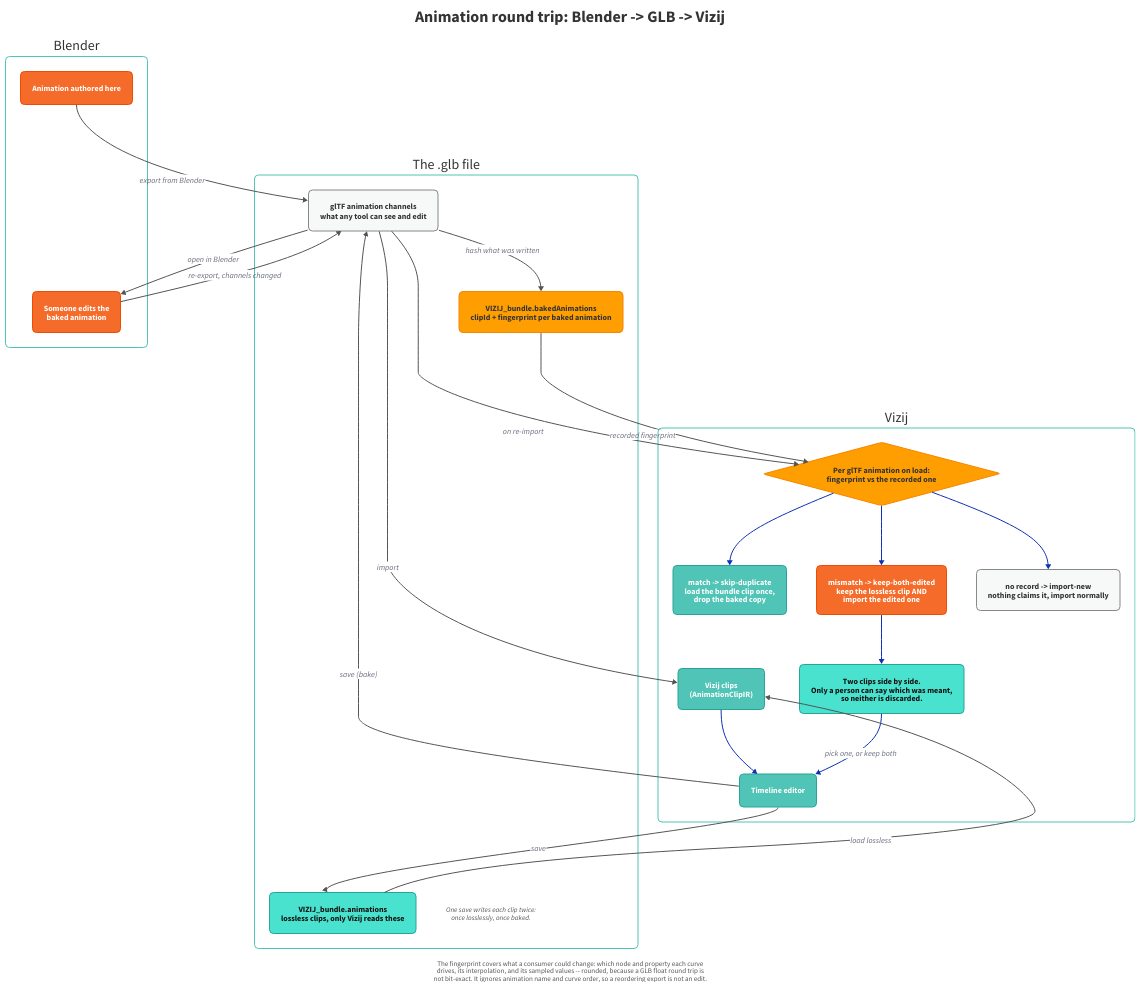
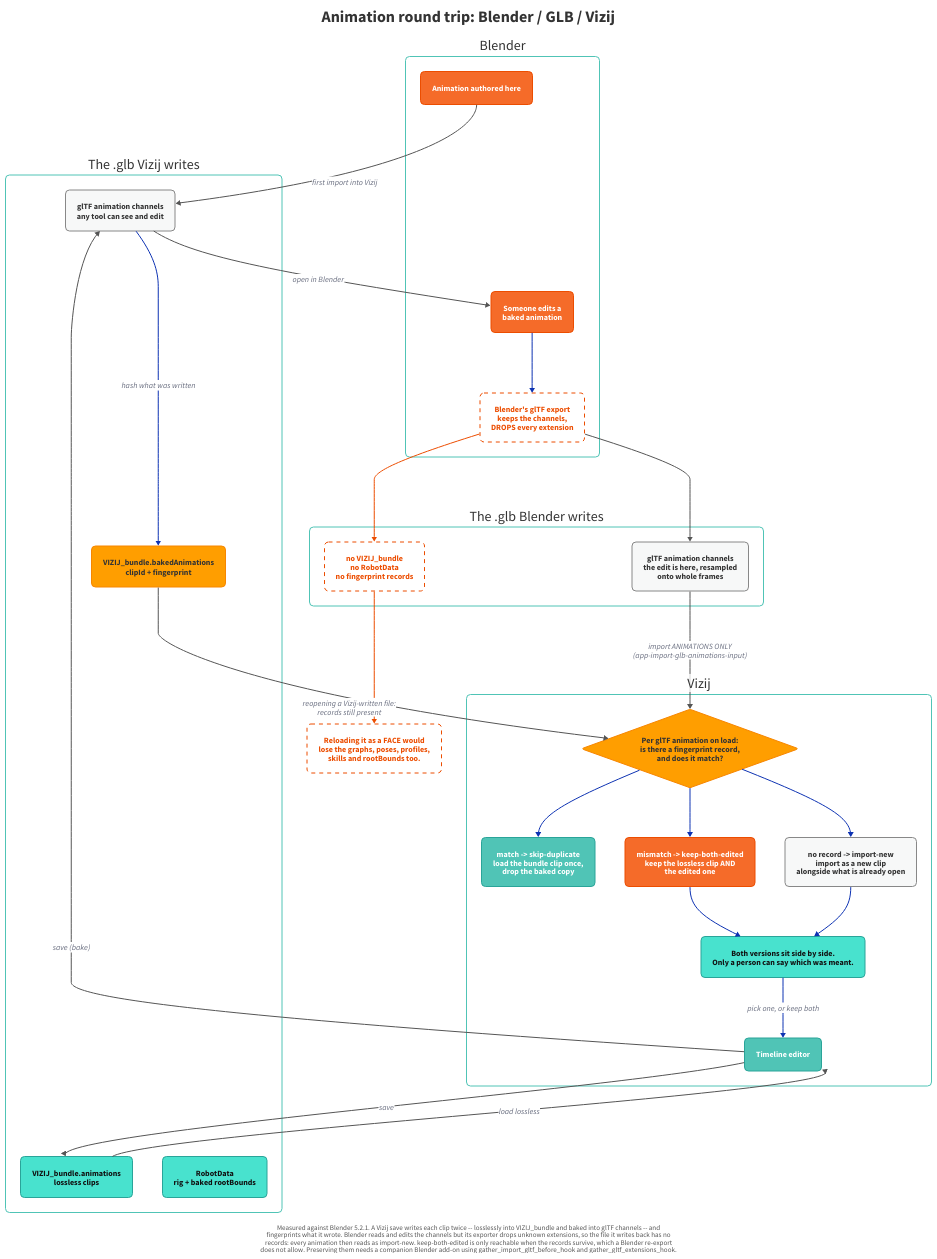
Before and after one commit to vizij-ai/vizij-web: the diagram in apps/vizij-authoring/docs/references/animation-blender-round-trip.d2, drawn with D2. The commit also changed 3 other files, not shown here.

```diff
--- a/apps/vizij-authoring/docs/references/animation-blender-round-trip.d2
+++ b/apps/vizij-authoring/docs/references/animation-blender-round-trip.d2
@@ -1,89 +1,104 @@
 # Render: d2 --font-regular <Questrial-Regular.ttf> \
 #           docs/references/animation-blender-round-trip.d2 \
 #           docs/references/animation-blender-round-trip.svg
+#
+# Verified against Blender 5.2.1 on 2026-09-08. See the .md alongside.
 
 vars: { d2-config: { theme-id: 0; pad: 24; sketch: false; layout-engine: dagre } }
 
 classes: {
   primary:   { style: { fill: "#50C4B6"; stroke: "#2AA499"; font-color: "#FFFFFF"; border-radius: 8; stroke-width: 2 } }
   secondary: { style: { fill: "#F56B29"; stroke: "#EC4D00"; font-color: "#FFFFFF"; border-radius: 8; stroke-width: 2 } }
   highlight: { style: { fill: "#FF9E00"; stroke: "#F78600"; font-color: "#333333"; border-radius: 8; stroke-width: 2 } }
   neutral:   { style: { fill: "#F7F8F8"; stroke: "#888888"; font-color: "#333333"; border-radius: 8; stroke-width: 2 } }
   emphasis:  { style: { fill: "#48E2CE"; stroke: "#2AA499"; font-color: "#111111"; border-radius: 8; stroke-width: 2 } }
   group:     { style: { fill: "#FFFFFF"; stroke: "#50C4B6"; font-color: "#333333"; border-radius: 8; stroke-width: 2 } }
+  lost:      { style: { fill: "#FFFFFF"; stroke: "#EC4D00"; font-color: "#EC4D00"; border-radius: 8; stroke-width: 2; stroke-dash: 4 } }
 }
 
-title: "Animation round trip: Blender -> GLB -> Vizij" {
+title: "Animation round trip: Blender / GLB / Vizij" {
   near: top-center
   shape: text
   style: { font-size: 32; bold: true; font-color: "#333333" }
 }
 
 blender: "Blender" {
   class: group
   direction: down
+
   authored: "Animation authored here" { class: secondary }
-  edited: "Someone edits the\nbaked animation" { class: secondary }
+  edited: "Someone edits a\nbaked animation" { class: secondary }
+  reexport: "Blender's glTF export\nkeeps the channels,\nDROPS every extension" { class: lost }
+
+  edited -> reexport
 }
 
-glb: "The .glb file" {
+vizij_out: "The .glb Vizij writes" {
   class: group
   direction: down
 
-  channels: "glTF animation channels\nwhat any tool can see and edit" { class: neutral }
-  bundle: "VIZIJ_bundle.animations\nlossless clips, only Vizij reads these" { class: emphasis }
-  records: "VIZIJ_bundle.bakedAnimations\nclipId + fingerprint per baked animation" { class: highlight }
+  channels: "glTF animation channels\nany tool can see and edit" { class: neutral }
+  bundle: "VIZIJ_bundle.animations\nlossless clips" { class: emphasis }
+  records: "VIZIJ_bundle.bakedAnimations\nclipId + fingerprint" { class: highlight }
+  robot: "RobotData\nrig + baked rootBounds" { class: emphasis }
 
-  note: "One save writes each clip twice:\nonce losslessly, once baked." {
-    shape: text
-    style: { font-size: 14; font-color: "#555555"; italic: true }
-  }
+  channels -> records: "hash what was written"
+}
+
+blender_out: "The .glb Blender writes" {
+  class: group
+  direction: down
+
+  bchannels: "glTF animation channels\nthe edit is here, resampled\nonto whole frames" { class: neutral }
+  gone: "no VIZIJ_bundle\nno RobotData\nno fingerprint records" { class: lost }
 }
 
 vizij: "Vizij" {
   class: group
   direction: down
 
-  clips: "Vizij clips\n(AnimationClipIR)" { class: primary }
   timeline: "Timeline editor" { class: primary }
 
-  compare: "Per glTF animation on load:\nfingerprint vs the recorded one" {
+  compare: "Per glTF animation on load:\nis there a fingerprint record,\nand does it match?" {
     class: highlight
     shape: diamond
   }
 
   skip: "match -> skip-duplicate\nload the bundle clip once,\ndrop the baked copy" { class: primary }
-  both: "mismatch -> keep-both-edited\nkeep the lossless clip AND\nimport the edited one" { class: secondary }
-  fresh: "no record -> import-new\nnothing claims it, import normally" { class: neutral }
+  both: "mismatch -> keep-both-edited\nkeep the lossless clip AND\nthe edited one" { class: secondary }
+  fresh: "no record -> import-new\nimport as a new clip\nalongside what is already open" { class: neutral }
 
-  resolve: "Two clips side by side.\nOnly a person can say which was meant,\nso neither is discarded." { class: emphasis }
+  resolve: "Both versions sit side by side.\nOnly a person can say which was meant." { class: emphasis }
 
-  clips -> timeline
   compare -> skip
   compare -> both
   compare -> fresh
   both -> resolve
+  fresh -> resolve
   resolve -> timeline: "pick one, or keep both"
 }
 
-# Blender -> GLB
-blender.authored -> glb.channels: "export from Blender" { style.stroke: "#555555" }
-glb.channels -> blender.edited: "open in Blender" { style.stroke: "#555555" }
-blender.edited -> glb.channels: "re-export, channels changed" { style.stroke: "#555555" }
+# --- outbound ----------------------------------------------------------------
+blender.authored -> vizij_out.channels: "first import into Vizij" { style.stroke: "#555555" }
+vizij.timeline -> vizij_out.bundle: "save" { style.stroke: "#555555" }
+vizij.timeline -> vizij_out.channels: "save (bake)" { style.stroke: "#555555" }
+vizij_out.channels -> blender.edited: "open in Blender" { style.stroke: "#555555" }
 
-# GLB -> Vizij
-glb.channels -> vizij.clips: "import" { style.stroke: "#555555" }
-glb.channels -> vizij.compare: "on re-import" { style.stroke: "#555555" }
-glb.records -> vizij.compare: "recorded fingerprint" { style.stroke: "#555555" }
-glb.bundle -> vizij.clips: "load lossless" { style.stroke: "#555555" }
+# --- the return trip ---------------------------------------------------------
+blender.reexport -> blender_out.bchannels { style.stroke: "#555555" }
+blender.reexport -> blender_out.gone { style.stroke: "#EC4D00" }
 
-# Vizij -> GLB
-vizij.timeline -> glb.bundle: "save" { style.stroke: "#555555" }
-vizij.timeline -> glb.channels: "save (bake)" { style.stroke: "#555555" }
-glb.channels -> glb.records: "hash what was written" { style.stroke: "#555555" }
+blender_out.bchannels -> vizij.compare: "import ANIMATIONS ONLY\n(app-import-glb-animations-input)" { style.stroke: "#555555" }
 
-note: "The fingerprint covers what a consumer could change: which node and property each curve\ndrives, its interpolation, and its sampled values -- rounded, because a GLB float round trip is\nnot bit-exact. It ignores animation name and curve order, so a reordering export is not an edit." {
+reload: "Reloading it as a FACE would\nlose the graphs, poses, profiles,\nskills and rootBounds too." { class: lost }
+blender_out.gone -> reload { style.stroke: "#EC4D00" }
+
+# Reopening a file Vizij itself wrote is the only route that still has records.
+vizij_out.records -> vizij.compare: "reopening a Vizij-written file:\nrecords still present" { style.stroke: "#555555" }
+vizij_out.bundle -> vizij.timeline: "load lossless" { style.stroke: "#555555" }
+
+note: "Measured against Blender 5.2.1. A Vizij save writes each clip twice -- losslessly into VIZIJ_bundle and baked into glTF channels -- and\nfingerprints what it wrote. Blender reads and edits the channels but its exporter drops unknown extensions, so the file it writes back has no\nrecords: every animation then reads as import-new. keep-both-edited is only reachable when the records survive, which a Blender re-export\ndoes not allow. Preserving them needs a companion Blender add-on using gather_import_gltf_before_hook and gather_gltf_extensions_hook." {
   near: bottom-center
   shape: text
   style: { font-size: 14; font-color: "#555555" }
 }
```
